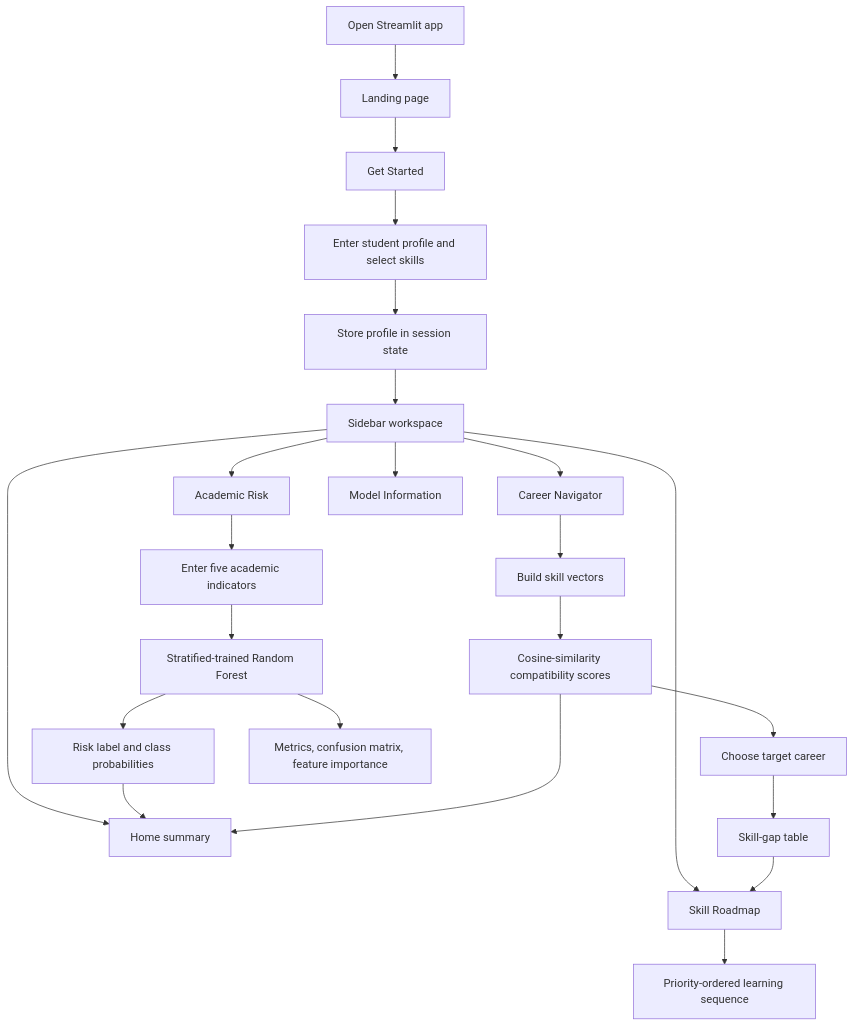
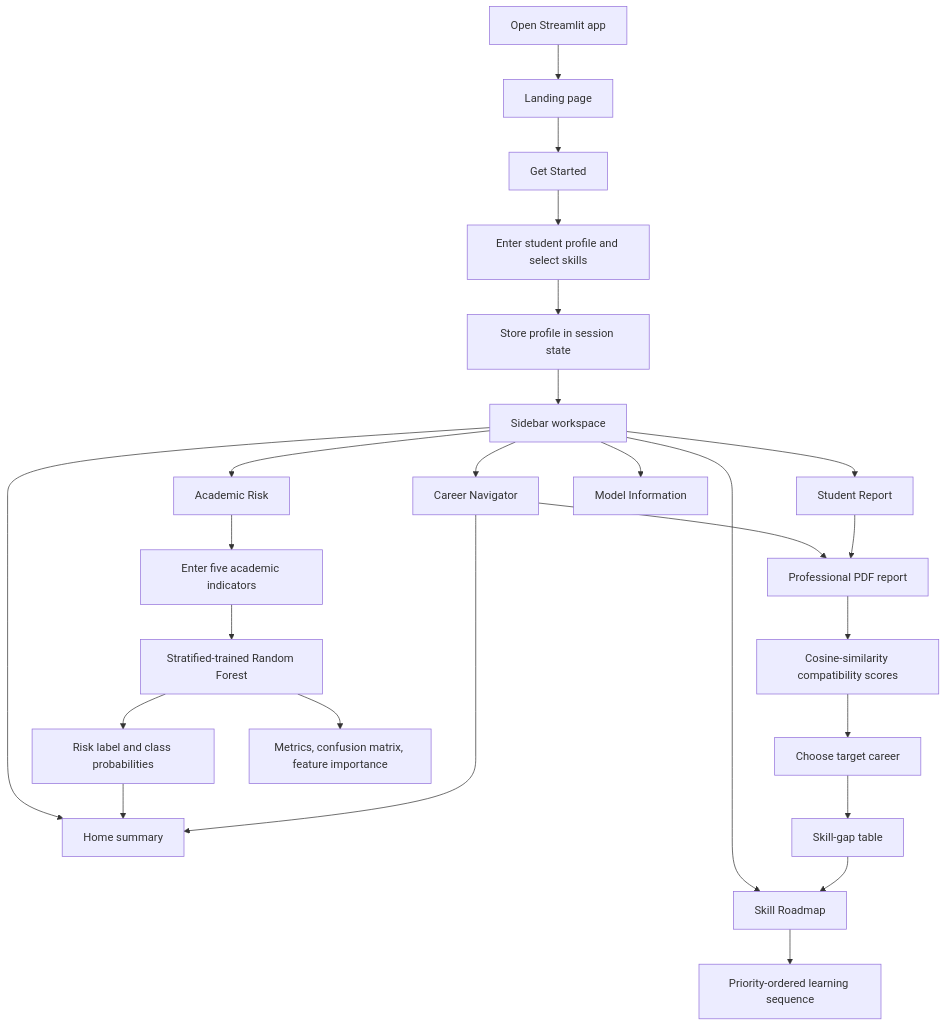
One commit to shazfa13/ML_Student_career_navigator changed the diagram in README.md. Above: the diagram before and after it, drawn with Mermaid. The commit also changed other lines of this file and 4 other files, not shown here.

````diff
--- a/README.md
+++ b/README.md
@@ -153,25 +158,27 @@
 ```mermaid
 flowchart TD
     A[Open Streamlit app] --> B[Landing page]
     B --> C[Get Started]
     C --> D[Enter student profile and select skills]
     D --> E[Store profile in session state]
     E --> F[Sidebar workspace]
     F --> G[Career Navigator]
     F --> H[Academic Risk]
-    F --> I[Skill Roadmap]
-    F --> J[Home summary]
-    F --> K[Model Information]
-    G --> L[Build skill vectors]
-    L --> M[Cosine-similarity compatibility scores]
-    M --> N[Choose target career]
-    N --> O[Skill-gap table]
-    O --> I
-    I --> P[Priority-ordered learning sequence]
-    H --> Q[Enter five academic indicators]
-    Q --> R[Stratified-trained Random Forest]
-    R --> S[Risk label and class probabilities]
-    R --> T[Metrics, confusion matrix, feature importance]
-    S --> J
-    M --> J
+      F --> I[Skill Roadmap]
+      F --> J[Student Report]
+      F --> K[Home summary]
+      F --> L[Model Information]
+      G --> N[Build skill vectors]
+      N --> O[Cosine-similarity compatibility scores]
+      O --> P[Choose target career]
+      P --> Q[Skill-gap table]
+      Q --> I
+      I --> M[Priority-ordered learning sequence]
+      H --> S[Enter five academic indicators]
+      S --> T[Stratified-trained Random Forest]
+      T --> U[Risk label and class probabilities]
+      T --> V[Metrics, confusion matrix, feature importance]
+      U --> K
+      G --> K
+      J --> N[Professional PDF report]
 ```
````
